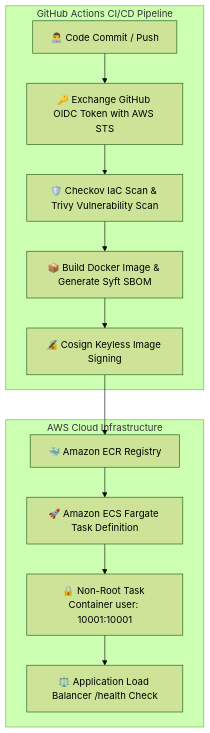
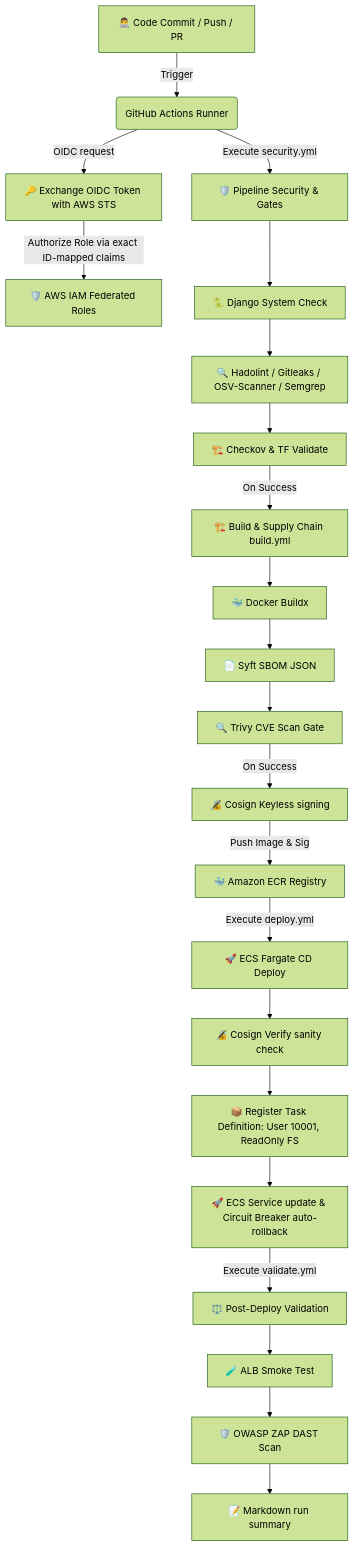
Before and after one commit to sanmathik8/Vaultforge_cloud: the diagram in README.md, drawn with Mermaid (forest theme). The commit also changed other lines of this file, not shown here.

Commit message:
docs: rewrite README.md from scratch with fully verified architecture and security controls

````diff
--- a/README.md
+++ b/README.md
@@ -29,16 +27,35 @@
 ```mermaid
 flowchart TD
-    subgraph CI_CD [GitHub Actions CI/CD Pipeline]
-        A[👨‍💻 Code Commit / Push] --> B[🔑 Exchange GitHub OIDC Token with AWS STS]
-        B --> C[🛡️ Checkov IaC Scan & Trivy Vulnerability Scan]
-        C --> D[📦 Build Docker Image & Generate Syft SBOM]
-        D --> E[🔏 Cosign Keyless Image Signing]
-    end
-
-    subgraph AWS_Cloud [AWS Cloud Infrastructure]
-        E --> F[🐳 Amazon ECR Registry]
-        F --> G[🚀 Amazon ECS Fargate Task Definition]
-        G --> H[🔒 Non-Root Task Container user: 10001:10001]
-        H --> I[⚖️ Application Load Balancer /health Check]
-    end
+    %% Trigger
+    A[👨‍💻 Code Commit / Push / PR] -->|Trigger| B(GitHub Actions Runner)
+    
+    %% OIDC Authentication
+    B -->|OIDC request| C[🔑 Exchange OIDC Token with AWS STS]
+    C -->|Authorize Role via exact ID-mapped claims| D[🛡️ AWS IAM Federated Roles]
+    
+    %% Security Workflows
+    B -->|Execute security.yml| E[🛡️ Pipeline Security & Gates]
+    E --> E1[🐍 Django System Check]
+    E1 --> E2[🔍 Hadolint / Gitleaks / OSV-Scanner / Semgrep]
+    E2 --> E3[🏗️ Checkov & TF Validate]
+    
+    %% Build & Supply Chain
+    E3 -->|On Success| F[🏗️ Build & Supply Chain build.yml]
+    F --> F1[🐳 Docker Buildx]
+    F1 --> F2[📄 Syft SBOM JSON]
+    F2 --> F3[🔍 Trivy CVE Scan Gate]
+    F3 -->|On Success| F4[🔏 Cosign Keyless signing]
+    F4 -->|Push Image & Sig| G[🐳 Amazon ECR Registry]
+    
+    %% CD & Resiliency
+    G -->|Execute deploy.yml| H[🚀 ECS Fargate CD Deploy]
+    H --> H1[🔏 Cosign Verify sanity check]
+    H1 --> H2[📦 Register Task Definition: User 10001, ReadOnly FS]
+    H2 --> H3[🚀 ECS Service update & Circuit Breaker auto-rollback]
+    
+    %% Validation
+    H3 -->|Execute validate.yml| I[⚖️ Post-Deploy Validation]
+    I --> I1[🧪 ALB Smoke Test]
+    I1 --> I2[🛡️ OWASP ZAP DAST Scan]
+    I2 --> I3[📝 Markdown run summary]
 ```
````
